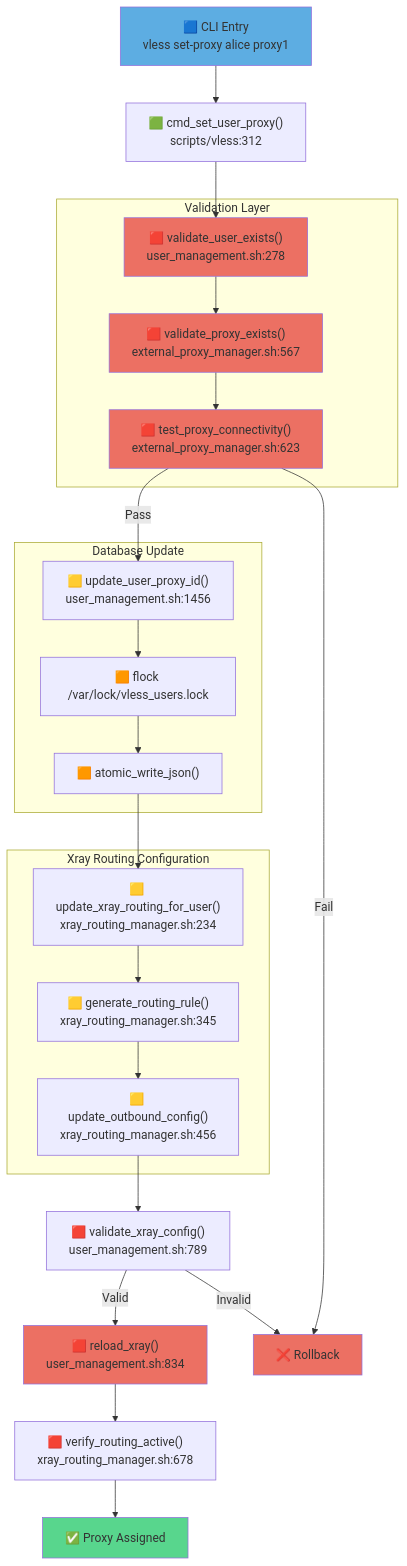
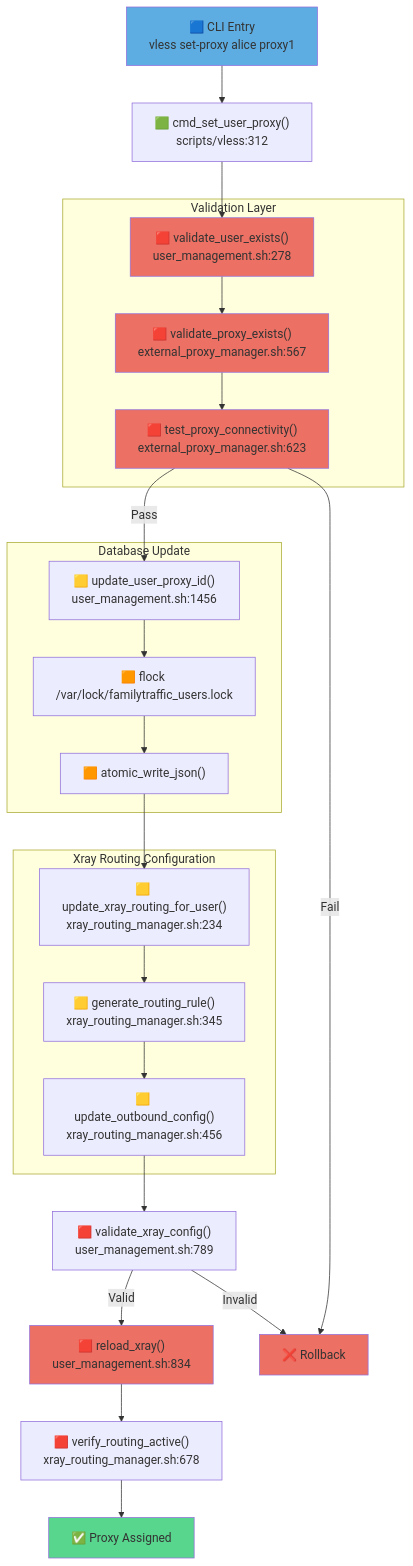
One commit to ikeniborn/vless changed the third of 8 diagrams in docs/architecture/diagrams/dependencies/runtime-call-chains.md. Above: the diagram before and after it, drawn with Mermaid. The commit also changed other lines of this file and 66 other files, not shown here.

First line of the commit message:
refactor(rename): replace old project name 'vless' with 'familytraffic'

````diff
--- a/docs/architecture/diagrams/dependencies/runtime-call-chains.md
+++ b/docs/architecture/diagrams/dependencies/runtime-call-chains.md
@@ -189,59 +189,59 @@
 ```mermaid
 graph TB
     CLI["🟦 CLI Entry<br/>vless set-proxy alice proxy1"]
     CMD["🟩 cmd_set_user_proxy()<br/>scripts/vless:312"]
 
     subgraph "Validation Layer"
         VUSER["🟥 validate_user_exists()<br/>user_management.sh:278"]
         VPROXY["🟥 validate_proxy_exists()<br/>external_proxy_manager.sh:567"]
         VTEST["🟥 test_proxy_connectivity()<br/>external_proxy_manager.sh:623"]
     end
 
     subgraph "Database Update"
         UPDATE["🟨 update_user_proxy_id()<br/>user_management.sh:1456"]
-        LOCK["🟧 flock /var/lock/vless_users.lock"]
+        LOCK["🟧 flock /var/lock/familytraffic_users.lock"]
         WRITE["🟧 atomic_write_json()"]
     end
 
     subgraph "Xray Routing Configuration"
         ROUTE["🟨 update_xray_routing_for_user()<br/>xray_routing_manager.sh:234"]
         GENRULE["🟨 generate_routing_rule()<br/>xray_routing_manager.sh:345"]
         GENOUT["🟨 update_outbound_config()<br/>xray_routing_manager.sh:456"]
     end
 
     VALIDATE["🟥 validate_xray_config()<br/>user_management.sh:789"]
     RELOAD["🟥 reload_xray()<br/>user_management.sh:834"]
     VERIFY["🟥 verify_routing_active()<br/>xray_routing_manager.sh:678"]
     SUCCESS["✅ Proxy Assigned"]
     FAIL["❌ Rollback"]
 
     CLI --> CMD
     CMD --> VUSER
     VUSER --> VPROXY
     VPROXY --> VTEST
 
     VTEST -->|Pass| UPDATE
     VTEST -->|Fail| FAIL
 
     UPDATE --> LOCK
     LOCK --> WRITE
     WRITE --> ROUTE
 
     ROUTE --> GENRULE
     GENRULE --> GENOUT
     GENOUT --> VALIDATE
 
     VALIDATE -->|Valid| RELOAD
     VALIDATE -->|Invalid| FAIL
 
     RELOAD --> VERIFY
     VERIFY --> SUCCESS
 
     style CLI fill:#5dade2
     style VUSER fill:#ec7063
     style VPROXY fill:#ec7063
     style VTEST fill:#ec7063
     style RELOAD fill:#ec7063
     style SUCCESS fill:#58d68d
     style FAIL fill:#ec7063
 ```
````
